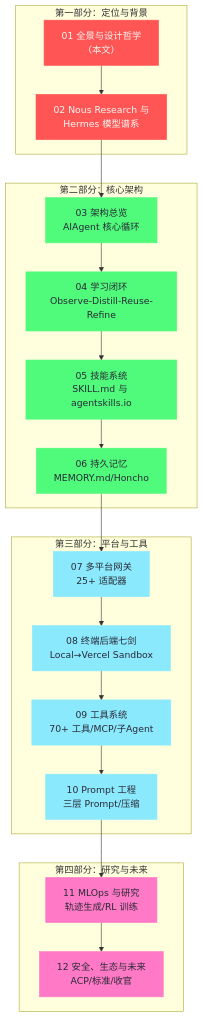
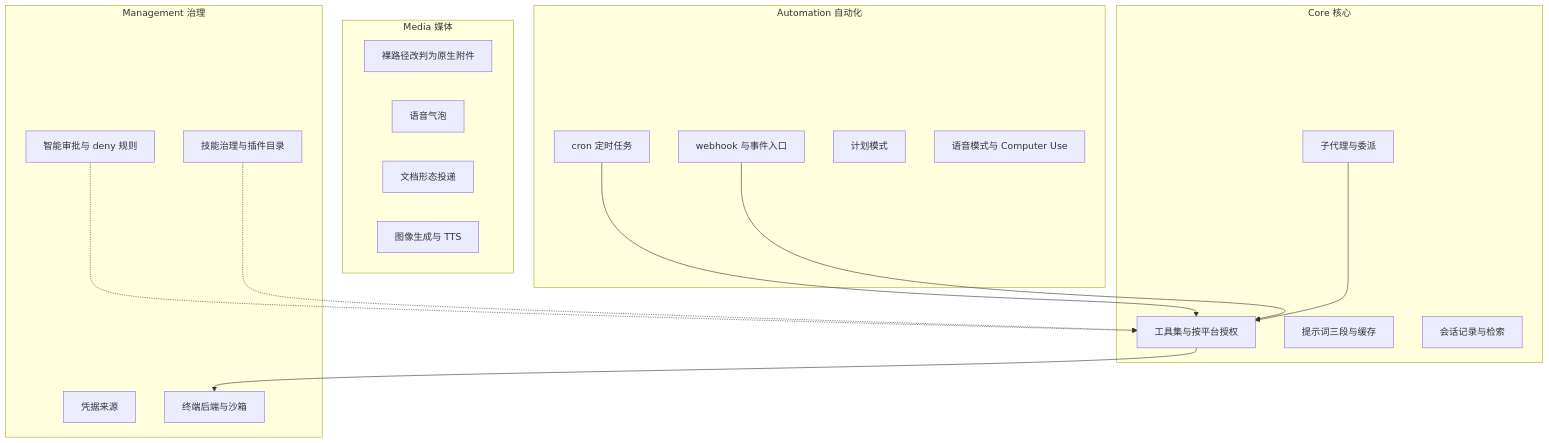
One commit to hpliStartAgain/my-brain changed the fifth of 5 diagrams in content/LLM/Hermes-Agent/01 Hermes Agent 全景——自改进 Agent 的设计哲学.md. Above: the diagram before and after it, drawn with Mermaid. The commit also changed other lines of this file and 259 other files, not shown here.

````diff
--- a/content/LLM/Hermes-Agent/01 Hermes Agent 全景——自改进 Agent 的设计哲学.md
+++ b/content/LLM/Hermes-Agent/01 Hermes Agent 全景——自改进 Agent 的设计哲学.md
@@ -377,38 +302,34 @@
 ```mermaid
 %%{init: {'theme': 'dracula'}}%%
-graph TD
-    subgraph "第一部分：定位与背景"
-        A1["01 全景与设计哲学<br/>（本文）"]
-        A2["02 Nous Research 与<br/>Hermes 模型谱系"]
+flowchart TD
+    subgraph "Core 核心"
+        C1["工具集与按平台授权"]
+        C2["提示词三段与缓存"]
+        C3["会话记录与检索"]
+        C4["子代理与委派"]
     end
-    subgraph "第二部分：核心架构"
-        B1["03 架构总览<br/>AIAgent 核心循环"]
-        B2["04 学习闭环<br/>Observe-Distill-Reuse-Refine"]
-        B3["05 技能系统<br/>SKILL.md 与 agentskills.io"]
-        B4["06 持久记忆<br/>MEMORY.md/Honcho"]
+    subgraph "Automation 自动化"
+        A1["cron 定时任务"]
+        A2["webhook 与事件入口"]
+        A3["计划模式"]
+        A4["语音模式与 Computer Use"]
     end
-    subgraph "第三部分：平台与工具"
-        C1["07 多平台网关<br/>25+ 适配器"]
-        C2["08 终端后端七剑<br/>Local→Vercel Sandbox"]
-        C3["09 工具系统<br/>70+ 工具/MCP/子Agent"]
-        C4["10 Prompt 工程<br/>三层 Prompt/压缩"]
+    subgraph "Media 媒体"
+        M1["裸路径改判为原生附件"]
+        M2["语音气泡"]
+        M3["文档形态投递"]
+        M4["图像生成与 TTS"]
     end
-    subgraph "第四部分：研究与未来"
-        D1["11 MLOps 与研究<br/>轨迹生成/RL 训练"]
-        D2["12 安全、生态与未来<br/>ACP/标准/收官"]
+    subgraph "Management 治理"
+        G1["智能审批与 deny 规则"]
+        G2["凭据来源"]
+        G3["终端后端与沙箱"]
+        G4["技能治理与插件目录"]
     end
-
-    A1 --> A2 --> B1 --> B2 --> B3 --> B4
-    B4 --> C1 --> C2 --> C3 --> C4
-    C4 --> D1 --> D2
-
-    classDef part1 fill:#ff5555,stroke:#ff5555,color:#f8f8f2
-    classDef part2 fill:#50fa7b,stroke:#50fa7b,color:#282a36
-    classDef part3 fill:#8be9fd,stroke:#8be9fd,color:#282a36
-    classDef part4 fill:#ff79c6,stroke:#ff79c6,color:#282a36
-
-    class A1,A2 part1
-    class B1,B2,B3,B4 part2
-    class C1,C2,C3,C4 part3
-    class D1,D2 part4
+    A1 --> C1
+    A2 --> C1
+    C4 --> C1
+    C1 --> G3
+    G1 -.-> C1
+    G4 -.-> C1
 ```
````
